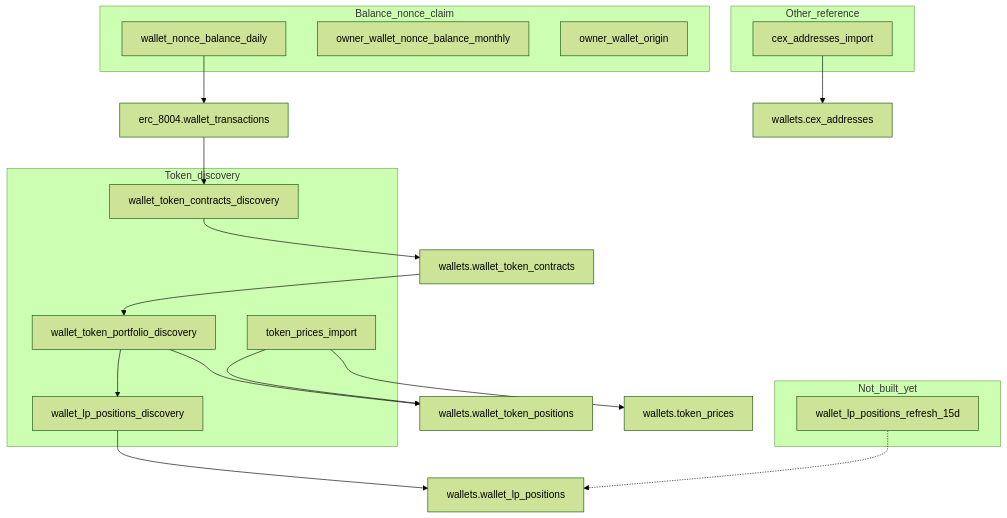
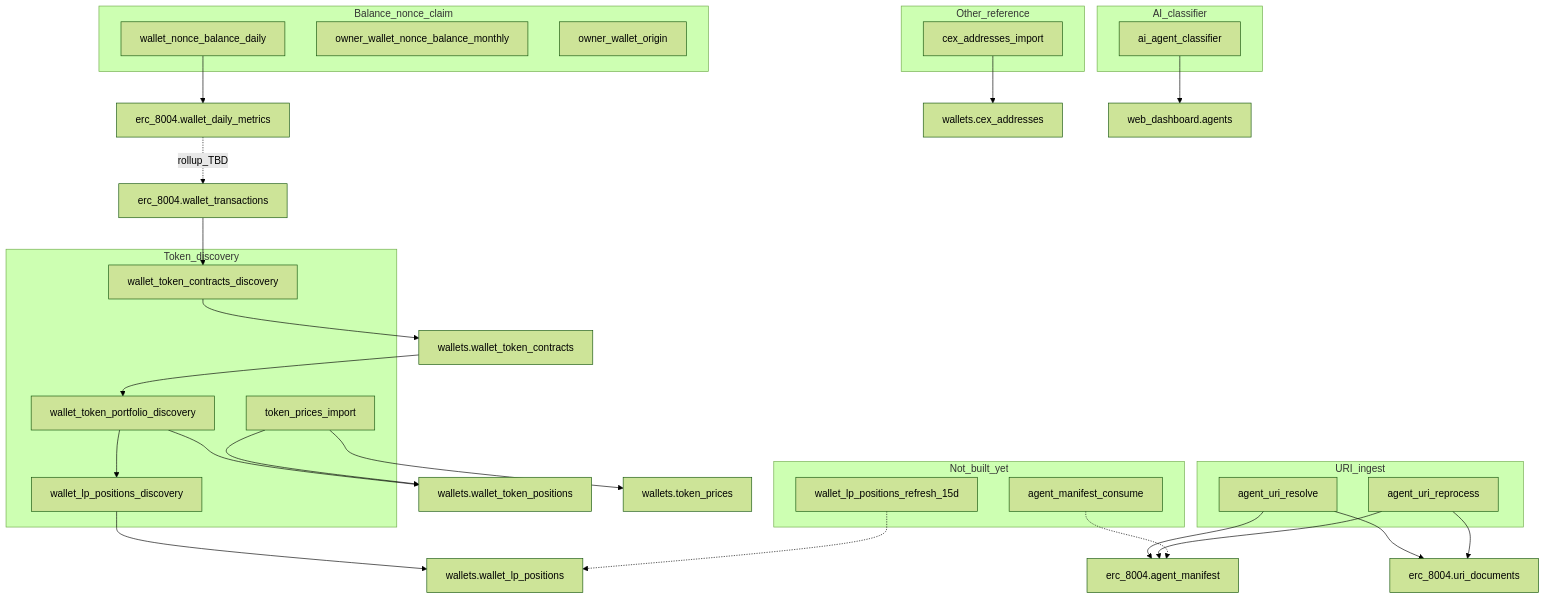
One commit to GlobalScoreAgent/gsa-workers changed the diagram in docs/PROCESSES.md. Above: the diagram before and after it, drawn with Mermaid (forest theme). The commit also changed other lines of this file and 13 other files, not shown here.

First line of the commit message:
Add AI agent classifier worker with Groq rate-limit rotation.

````diff
--- a/docs/PROCESSES.md
+++ b/docs/PROCESSES.md
@@ -9,31 +9,46 @@
 ```mermaid
 flowchart TB
   subgraph claimBalance [Balance_nonce_claim]
     daily[wallet_nonce_balance_daily]
     monthly[owner_wallet_nonce_balance_monthly]
     origin[owner_wallet_origin]
   end
   subgraph discovery [Token_discovery]
     contracts[wallet_token_contracts_discovery]
     portfolio[wallet_token_portfolio_discovery]
     prices[token_prices_import]
     lp[wallet_lp_positions_discovery]
   end
   subgraph refdata [Other_reference]
     cex[cex_addresses_import]
   end
   subgraph pending [Not_built_yet]
     lpRefresh[wallet_lp_positions_refresh_15d]
+    manifestConsume[agent_manifest_consume]
   end
-  daily --> wt[erc_8004.wallet_transactions]
+  subgraph uriIngest [URI_ingest]
+    uriResolve[agent_uri_resolve]
+    uriReprocess[agent_uri_reprocess]
+  end
+  subgraph aiClassify [AI_classifier]
+    classifier[ai_agent_classifier]
+  end
+  daily --> metrics[erc_8004.wallet_daily_metrics]
+  metrics -.->|rollup_TBD| wt[erc_8004.wallet_transactions]
   wt --> contracts
   contracts --> wtc[wallets.wallet_token_contracts]
   wtc --> portfolio
   portfolio --> wtp[wallets.wallet_token_positions]
   prices --> wtp
   prices --> tpc[wallets.token_prices]
   portfolio --> lp
   lp --> wlp[wallets.wallet_lp_positions]
   cex --> cexT[wallets.cex_addresses]
   lpRefresh -.-> wlp
+  uriResolve --> ud[erc_8004.uri_documents]
+  uriResolve --> am[erc_8004.agent_manifest]
+  uriReprocess --> ud
+  uriReprocess --> am
+  manifestConsume -.-> am
+  classifier --> dashAgents[web_dashboard.agents]
 ```
````
